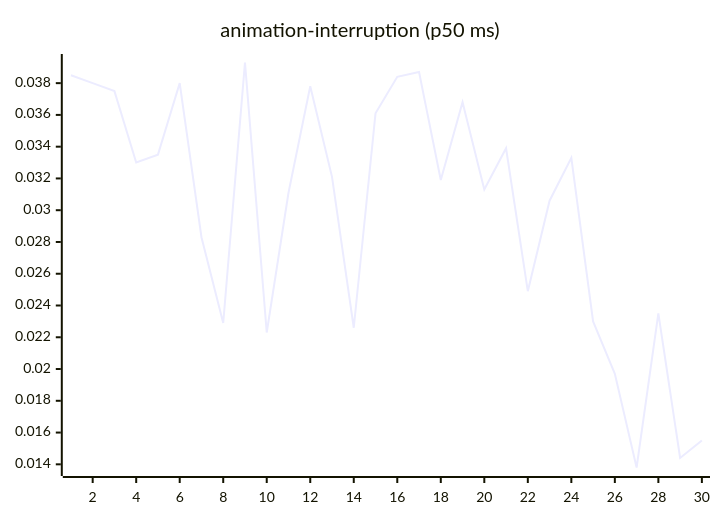
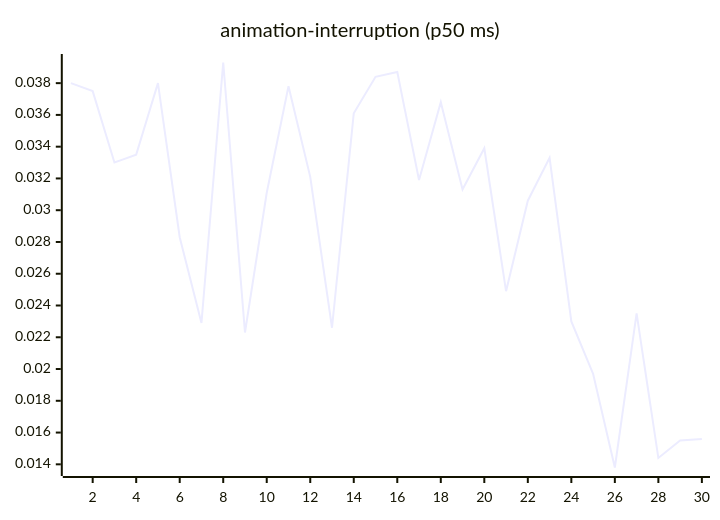
One commit to josha/Facet changed the third of 27 diagrams in README.md. Above: the diagram before and after it, drawn with Mermaid. The commit also changed other lines of this file and 2 other files, not shown here.

````diff
--- a/README.md
+++ b/README.md
@@ -77,6 +77,6 @@
 ```mermaid
 xychart-beta
     title "animation-interruption (p50 ms)"
     x-axis 1 --> 30
-    line [0.0385, 0.0380, 0.0375, 0.0330, 0.0335, 0.0380, 0.0283, 0.0229, 0.0393, 0.0223, 0.0311, 0.0378, 0.0321, 0.0226, 0.0361, 0.0384, 0.0387, 0.0319, 0.0368, 0.0313, 0.0339, 0.0249, 0.0306, 0.0333, 0.0230, 0.0197, 0.0138, 0.0235, 0.0144, 0.0155]
+    line [0.0380, 0.0375, 0.0330, 0.0335, 0.0380, 0.0283, 0.0229, 0.0393, 0.0223, 0.0311, 0.0378, 0.0321, 0.0226, 0.0361, 0.0384, 0.0387, 0.0319, 0.0368, 0.0313, 0.0339, 0.0249, 0.0306, 0.0333, 0.0230, 0.0197, 0.0138, 0.0235, 0.0144, 0.0155, 0.0156]
 ```
````
